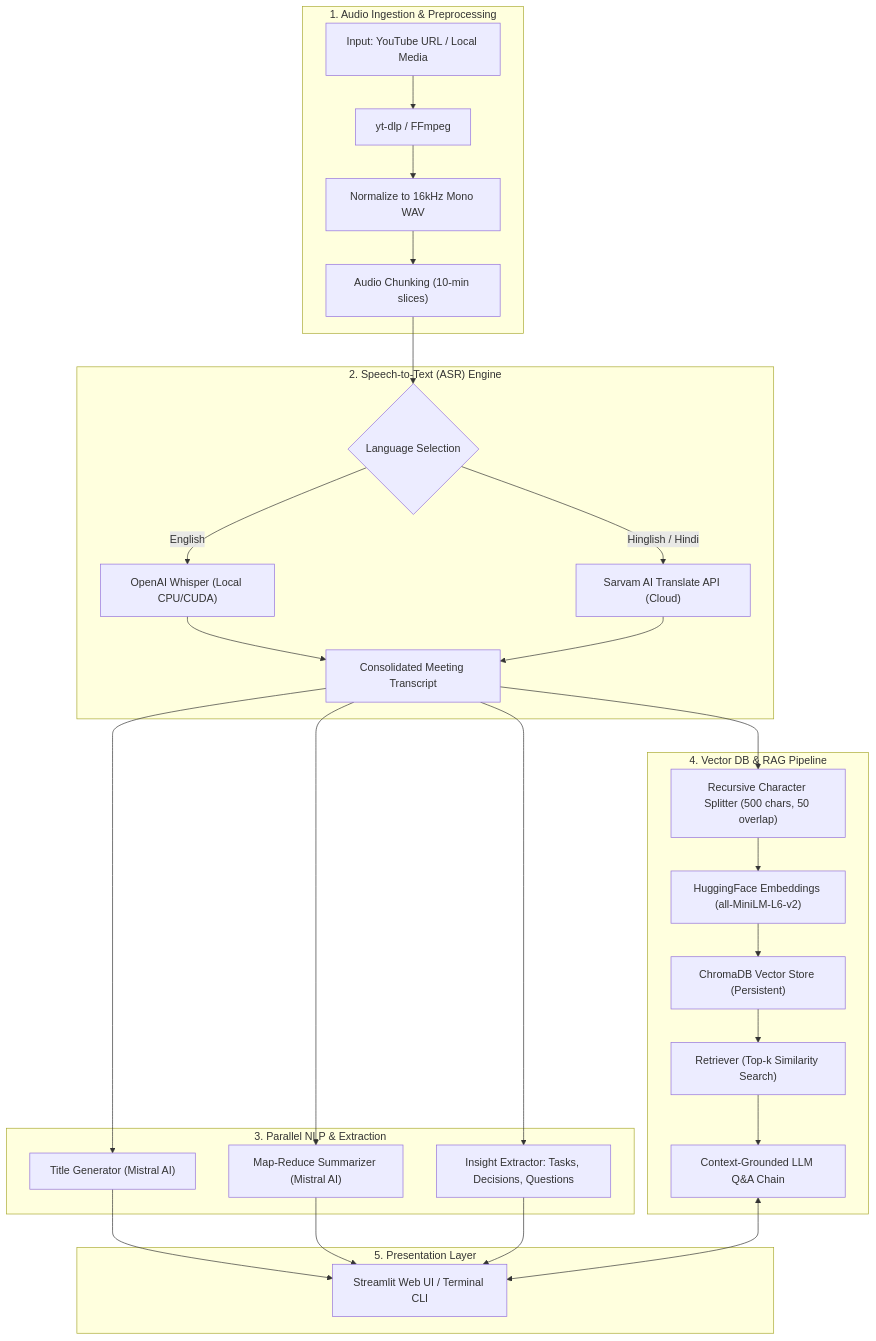
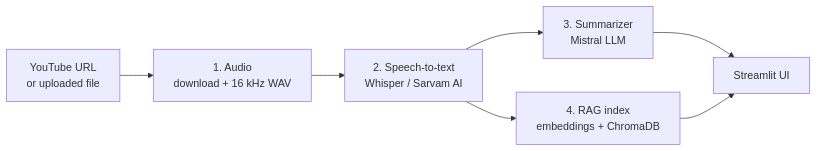
Before and after one commit to kushagraa25/AI-video-Assistant: the diagram in README.md, drawn with Mermaid. The commit also changed other lines of this file and 13 other files, not shown here.

````diff
--- a/README.md
+++ b/README.md
@@ -9,35 +13,9 @@
 ```mermaid
-flowchart TD
-    subgraph INGESTION["1. Audio Ingestion & Preprocessing"]
-        A["Input: YouTube URL / Local Media"] --> B["yt-dlp / FFmpeg"]
-        B --> C["Normalize to 16kHz Mono WAV"]
-        C --> D["Audio Chunking (10-min slices)"]
-    end
-
-    subgraph ASR["2. Speech-to-Text (ASR) Engine"]
-        D --> E{"Language Selection"}
-        E -->|"English"| F["OpenAI Whisper (Local CPU/CUDA)"]
-        E -->|"Hinglish / Hindi"| G["Sarvam AI Translate API (Cloud)"]
-        F --> H["Consolidated Meeting Transcript"]
-        G --> H
-    end
-
-    subgraph INTELLIGENCE["3. Parallel NLP & Extraction"]
-        H --> I["Title Generator (Mistral AI)"]
-        H --> J["Map-Reduce Summarizer (Mistral AI)"]
-        H --> K["Insight Extractor: Tasks, Decisions, Questions"]
-    end
-
-    subgraph RAG["4. Vector DB & RAG Pipeline"]
-        H --> L["Recursive Character Splitter (500 chars, 50 overlap)"]
-        L --> M["HuggingFace Embeddings (all-MiniLM-L6-v2)"]
-        M --> N["ChromaDB Vector Store (Persistent)"]
-        N --> O["Retriever (Top-k Similarity Search)"]
-        O --> P["Context-Grounded LLM Q&A Chain"]
-    end
-
-    subgraph PRESENTATION["5. Presentation Layer"]
-        I & J & K --> Q["Streamlit Web UI / Terminal CLI"]
-        P <--> Q
-    end
+flowchart LR
+    A["YouTube URL<br/>or uploaded file"] --> B["1. Audio<br/>download + 16 kHz WAV"]
+    B --> C["2. Speech-to-text<br/>Whisper / Sarvam AI"]
+    C --> D["3. Summarizer<br/>Mistral LLM"]
+    C --> E["4. RAG index<br/>embeddings + ChromaDB"]
+    D --> F["Streamlit UI"]
+    E --> F
 ```
````
